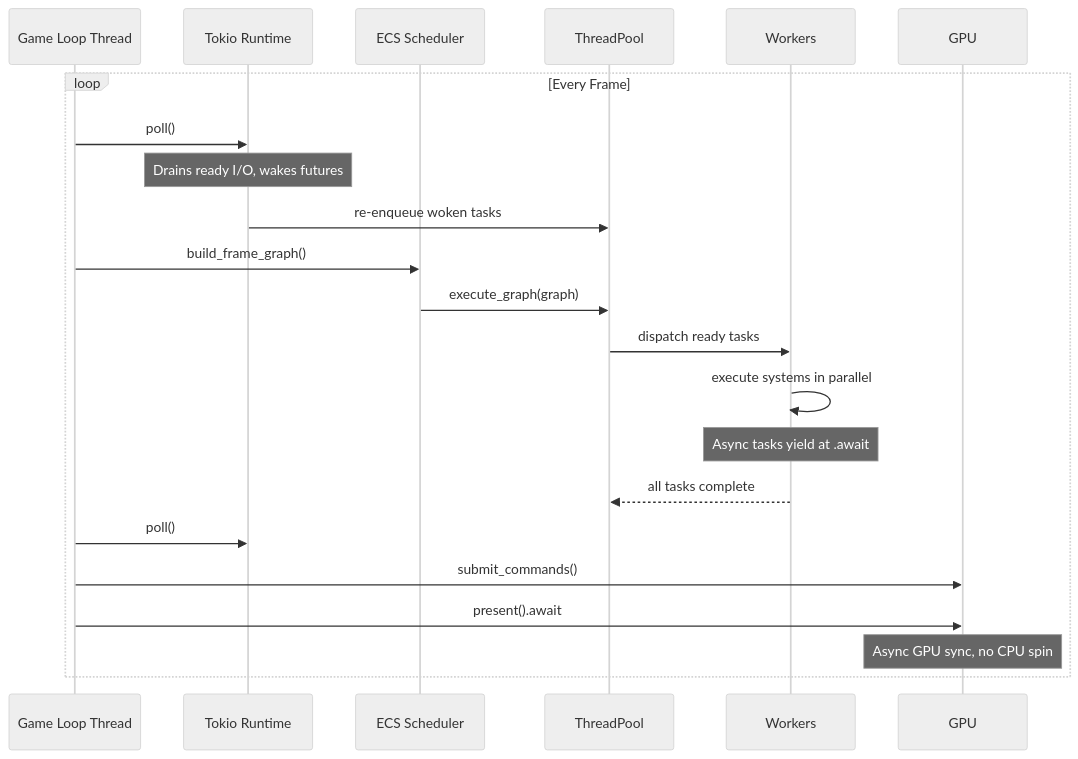
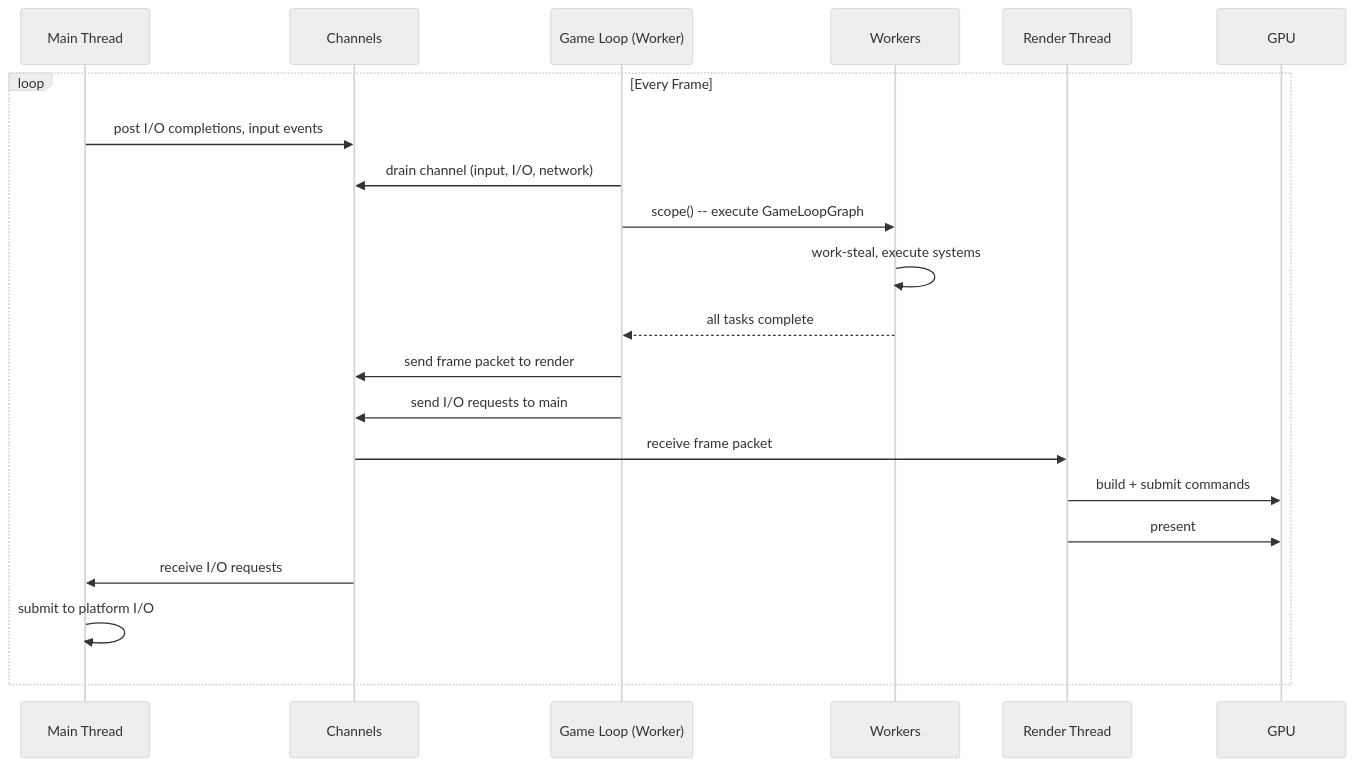
One commit to harmonius-dev/harmonius changed the second of 6 diagrams in docs/design/platform/threading.md. Above: the diagram before and after it, drawn with Mermaid (neutral theme). The commit also changed other lines of this file and 174 other files, not shown here.

````diff
--- a/docs/design/platform/threading.md
+++ b/docs/design/platform/threading.md
@@ -135,27 +134,28 @@
 ```mermaid
 sequenceDiagram
-    participant ML as Game Loop Thread
-    participant TK as Tokio Runtime
-    participant ECS as ECS Scheduler
-    participant TP as ThreadPool
+    participant MT as Main Thread
+    participant CH as Channels
+    participant GL as Game Loop (Worker)
     participant W as Workers
+    participant RT as Render Thread
     participant GPU as GPU
 
     loop Every Frame
-        ML->>TK: poll()
-        Note over TK: Drains ready I/O, wakes futures
-        TK->>TP: re-enqueue woken tasks
+        MT->>CH: post I/O completions, input events
+        GL->>CH: drain channel (input, I/O, network)
 
-        ML->>ECS: build_frame_graph()
-        ECS->>TP: execute_graph(graph)
-        TP->>W: dispatch ready tasks
-        W->>W: execute systems in parallel
-        Note over W: Async tasks yield at .await
-        W-->>TP: all tasks complete
+        GL->>W: scope() -- execute GameLoopGraph
+        W->>W: work-steal, execute systems
+        W-->>GL: all tasks complete
 
-        ML->>TK: poll()
-        ML->>GPU: submit_commands()
-        ML->>GPU: present().await
-        Note over GPU: Async GPU sync, no CPU spin
+        GL->>CH: send frame packet to render
+        GL->>CH: send I/O requests to main
+
+        CH->>RT: receive frame packet
+        RT->>GPU: build + submit commands
+        RT->>GPU: present
+
+        CH->>MT: receive I/O requests
+        MT->>MT: submit to platform I/O
     end
 ```
````
